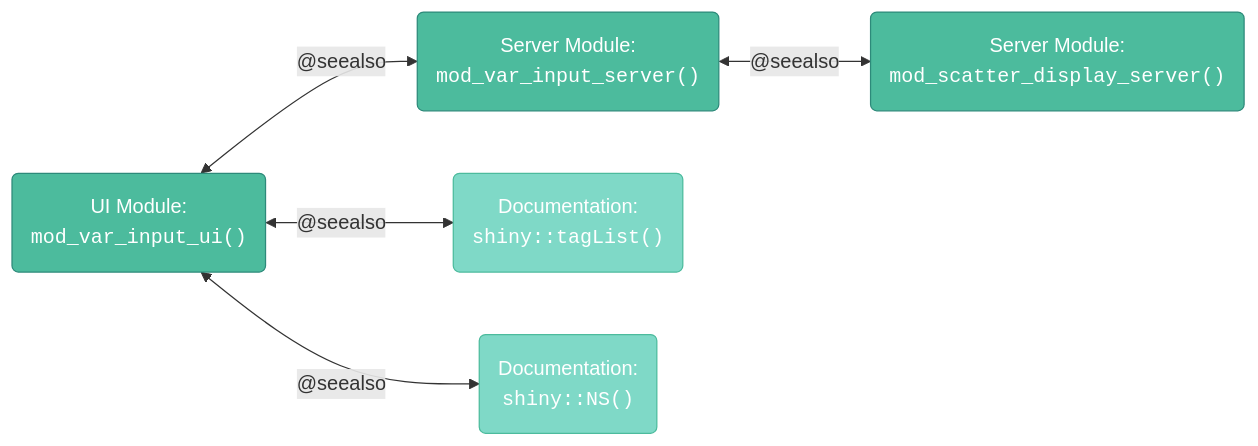
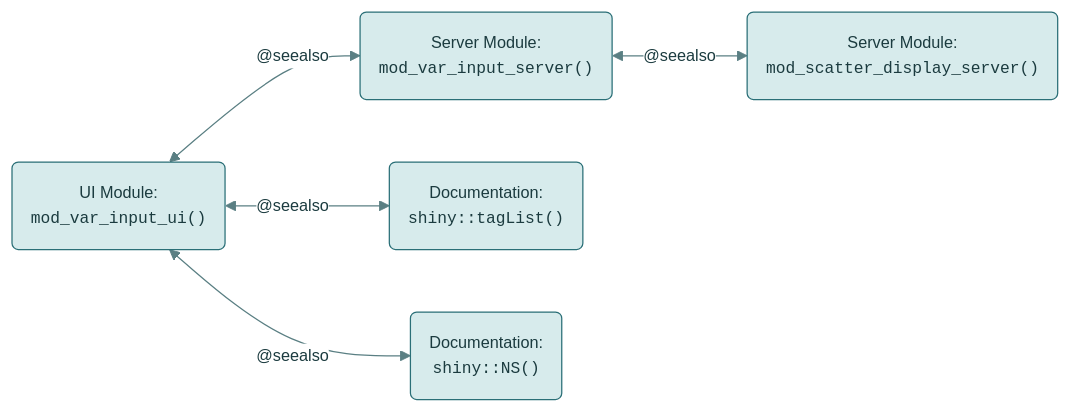
One commit to mjfrigaard/shiny-app-pkgs changed the second of 5 diagrams in document.qmd. Above: the diagram before and after it, drawn with Mermaid. The commit also changed other lines of this file and 22 other files, not shown here.

First line of the commit message:
Standardize mermaid diagrams on the site teal palette

````diff
--- a/document.qmd
+++ b/document.qmd
@@ -659,22 +659,22 @@
 ```{mermaid}
 %%| fig-cap: ‘The `@seealso` tag’
 %%| fig-align: center
-%%{init: {‘theme’: ‘neutral’, ‘themeVariables’: { ‘fontFamily’: ‘monospace’, "fontSize":"13px"}}}%%
+%%{init: {'theme': 'base', 'themeVariables': { 'fontFamily': 'monospace', "fontSize":"13px", "primaryColor":"#D7EBEC", "primaryTextColor":"#1B3B3F", "primaryBorderColor":"#2A6F77", "lineColor":"#5A7F83", "edgeLabelBackground":"#FFFFFF", "clusterBkg":"#F3F8F8", "clusterBorder":"#2A6F77", "darkMode":false}}}%%
 flowchart LR
         mod_var_input_ui("UI Module:<br><code>mod_var_input_ui()</code>")
         mod_var_input_server("Server Module:<br><code>mod_var_input_server()</code>")
         mod_scatter_display_server("Server Module:<br><code>mod_scatter_display_server()</code>")
         tag("Documentation:<br><code>shiny::tagList()</code>")
         ns("Documentation:<br><code>shiny::NS()</code>")
 
     mod_var_input_ui <-->|"@seealso"|mod_var_input_server
     mod_var_input_ui <-->|"@seealso"|tag
     mod_var_input_ui <-->|"@seealso"|ns
     mod_var_input_server <-->|"@seealso"|mod_scatter_display_server
 
-    style mod_var_input_ui fill:#4CBB9D,color:#fff,stroke:#2d8a7a,stroke-width:1px
-    style mod_var_input_server fill:#4CBB9D,color:#fff,stroke:#2d8a7a,stroke-width:1px
-    style mod_scatter_display_server fill:#4CBB9D,color:#fff,stroke:#2d8a7a,stroke-width:1px
-    style tag fill:#7fd9c7,color:#fff,stroke:#4CBB9D,stroke-width:1px
-    style ns fill:#7fd9c7,color:#fff,stroke:#4CBB9D,stroke-width:1px
+    classDef term fill:#2A6F77,color:#FFFFFF,stroke:#1B4F55,stroke-width:1px
+    classDef step fill:#D7EBEC,color:#1B3B3F,stroke:#2A6F77,stroke-width:1px
+    classDef decision fill:#F4C26B,color:#3D2A00,stroke:#B7832B,stroke-width:1px
+    classDef io fill:#FFFFFF,color:#1B3B3F,stroke:#2A6F77,stroke-width:1px
+    class mod_var_input_ui,mod_var_input_server,mod_scatter_display_server,tag,ns step
 ```
````
